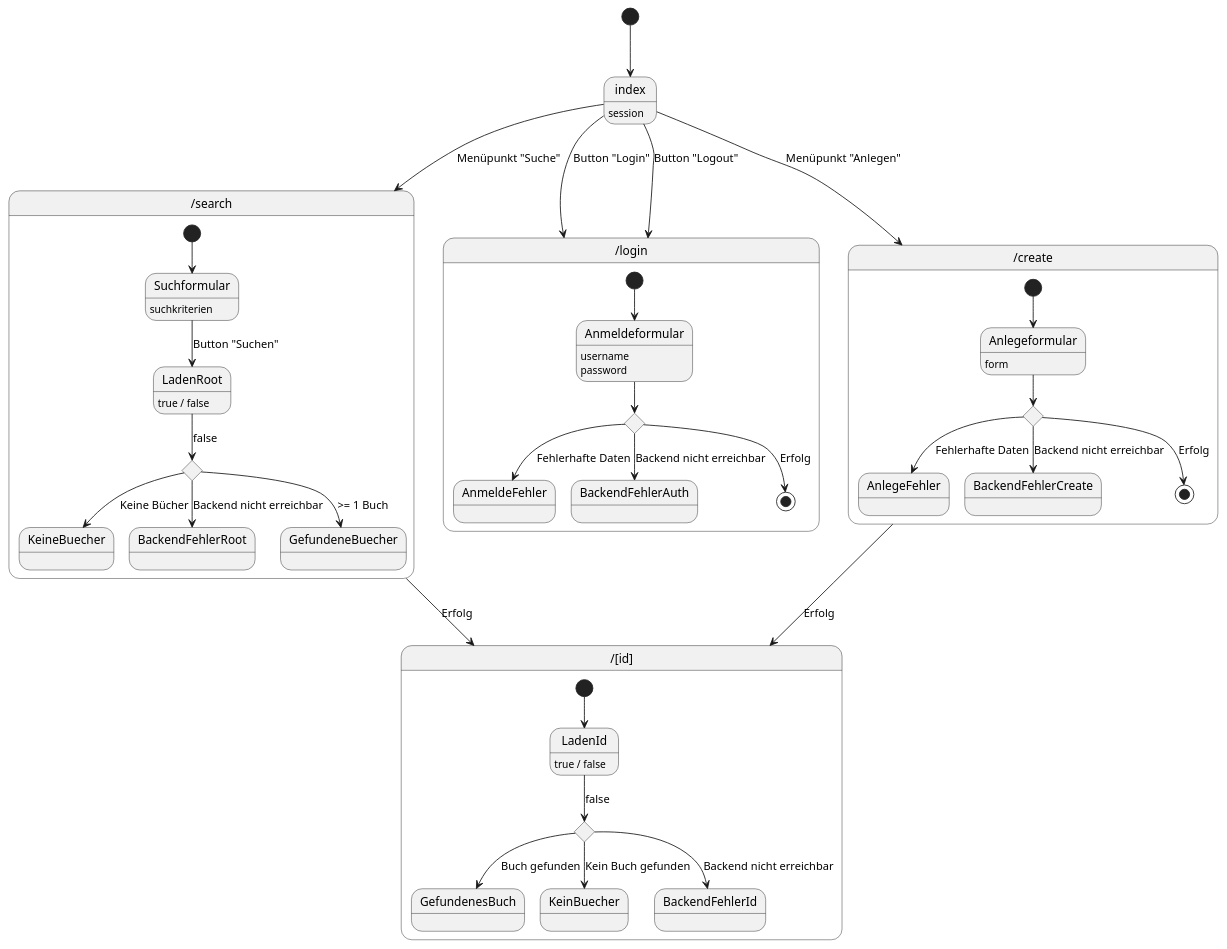
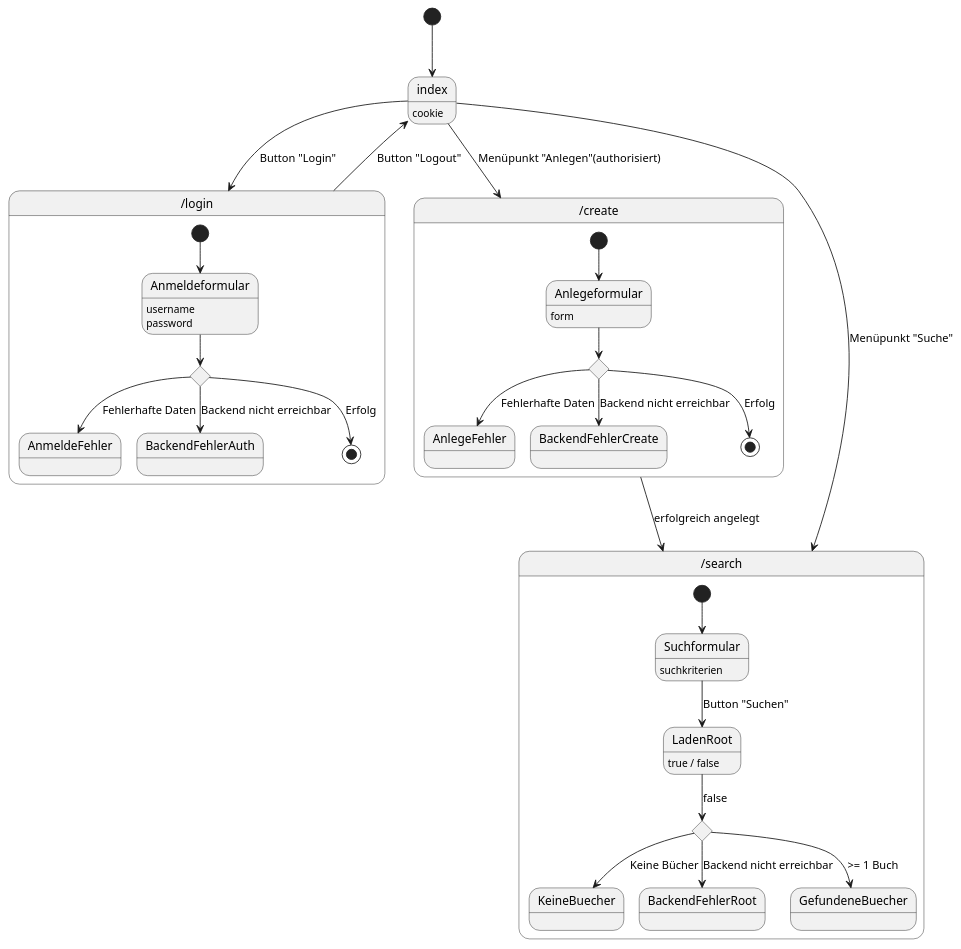
One commit to melu1025/Buch_remix changed the diagram in extras/entwicklerhandbuch/zustandsdiagramm.plantuml. Above: the diagram before and after it, drawn with PlantUML.

Commit message:
style:  update uml diagram

```diff
--- a/extras/entwicklerhandbuch/zustandsdiagramm.plantuml
+++ b/extras/entwicklerhandbuch/zustandsdiagramm.plantuml
@@ -1,64 +1,56 @@
 @startuml Zustandsdiagramm
 
 [*] --> index
-index: session
-state "/search" as search {
+index: cookie
 
-    state Suchergebnis <<choice>>
-
-    [*] --> Suchformular
-     Suchformular: suchkriterien
-        LadenRoot: true / false
-        state Suchergebnis <<choice>>
-
-
-        Suchformular --> LadenRoot: Button "Suchen"
-        LadenRoot --> Suchergebnis: false
-        Suchergebnis --> KeineBuecher: Keine Bücher
-        Suchergebnis --> BackendFehlerRoot: Backend nicht erreichbar
-        Suchergebnis --> GefundeneBuecher: >= 1 Buch
-
-}
 state "/login" as auth {
     Anmeldeformular: username
     Anmeldeformular: password
     state Anmeldergebnis <<choice>>
 
     [*] --> Anmeldeformular
     Anmeldeformular --> Anmeldergebnis
     Anmeldergebnis --> AnmeldeFehler: Fehlerhafte Daten
     Anmeldergebnis --> BackendFehlerAuth: Backend nicht erreichbar
     Anmeldergebnis --> [*]: Erfolg
 }
 
 state "/create" as create {
     Anlegeformular: form
     state Anmeldeergebnis <<choice>>
 
     [*] --> Anlegeformular
     Anlegeformular --> Anmeldeergebnis
     Anmeldeergebnis --> AnlegeFehler: Fehlerhafte Daten
     Anmeldeergebnis --> BackendFehlerCreate: Backend nicht erreichbar
     Anmeldeergebnis --> [*]: Erfolg
 }
+state "/search" as search {
 
-state "/[id]" as id {
-    LadenId: true / false
-    state Ladeergebnis <<choice>>
+    state Suchergebnis <<choice>>
 
-    [*] --> LadenId
-    LadenId --> Ladeergebnis: false
-    Ladeergebnis --> GefundenesBuch: Buch gefunden
-    Ladeergebnis --> KeinBuecher: Kein Buch gefunden
-    Ladeergebnis --> BackendFehlerId: Backend nicht erreichbar
+    [*] --> Suchformular
+     Suchformular: suchkriterien
+        LadenRoot: true / false
+        state Suchergebnis <<choice>>
+
+
+        Suchformular --> LadenRoot: Button "Suchen"
+        LadenRoot --> Suchergebnis: false
+        Suchergebnis --> KeineBuecher: Keine Bücher
+        Suchergebnis --> BackendFehlerRoot: Backend nicht erreichbar
+        Suchergebnis --> GefundeneBuecher: >= 1 Buch
+
 }
 
+
+
 index --> auth: Button "Login"
-index --> auth: Button "Logout"
-index --> create: Menüpunkt "Anlegen"
+auth --> index : Button "Logout"
+index --> create: Menüpunkt "Anlegen"(authorisiert)
 index --> search: Menüpunkt "Suche"
-create --> id: Erfolg
-search --> id: Erfolg
+create --> search: erfolgreich angelegt
+
 
 
 @enduml
```
